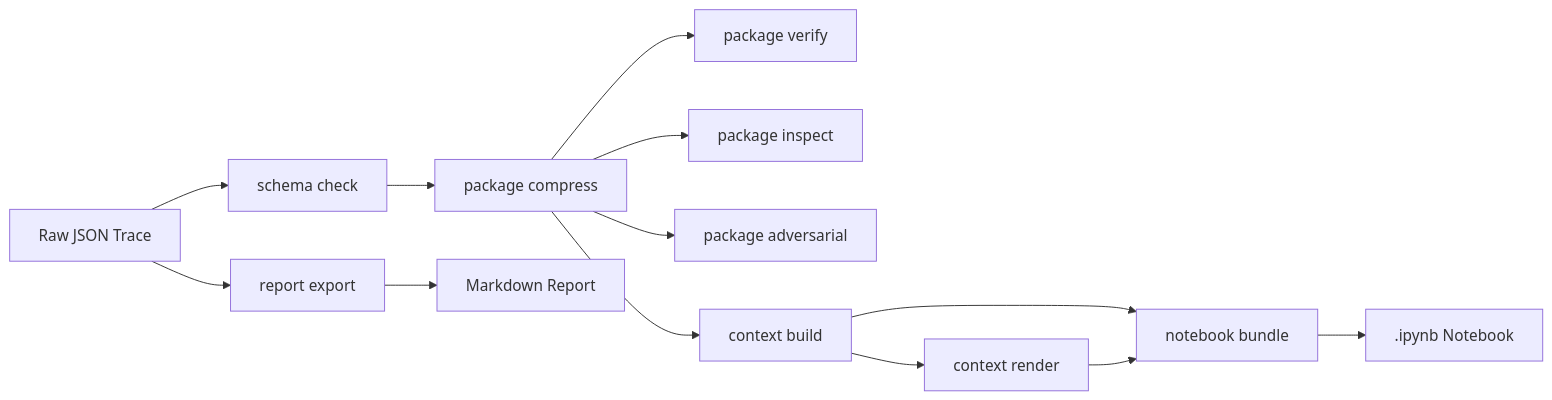
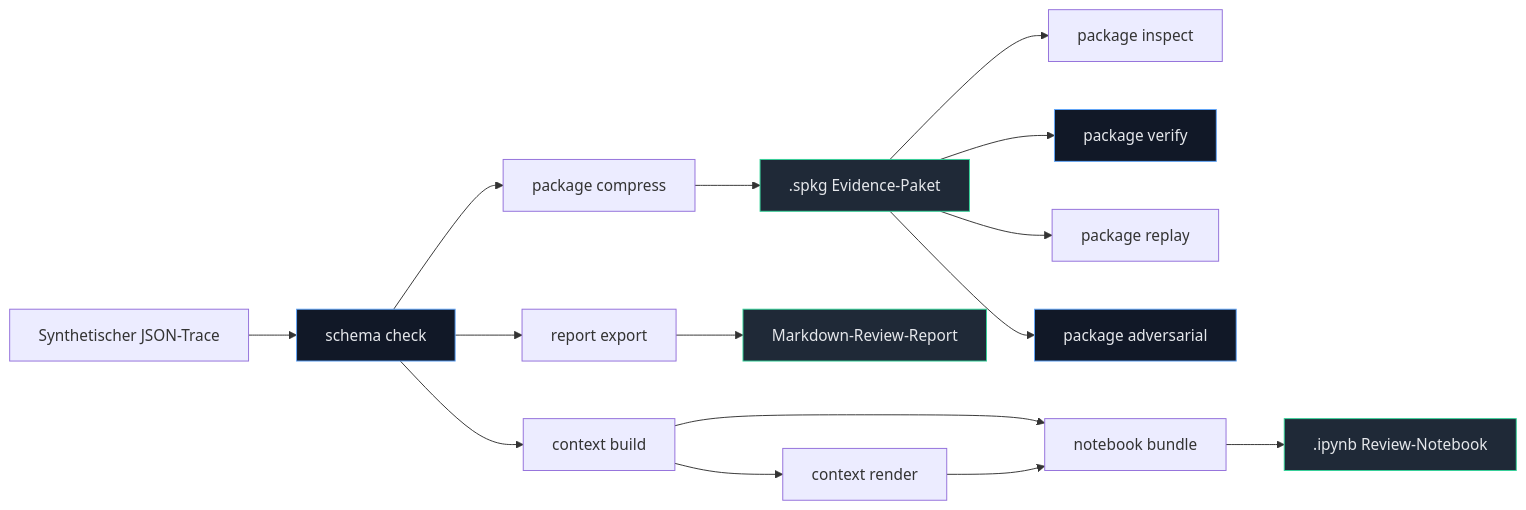
Before and after one commit to ProfRandom92/Antigravity-Comptextv7: the first of 3 diagrams in README.md, drawn with Mermaid. The commit also changed other lines of this file, not shown here.

````diff
--- a/README.md
+++ b/README.md
@@ -22,15 +33,25 @@
 ```mermaid
 flowchart LR
-    A["Raw JSON Trace"] --> B["schema check"]
-    B --> C["package compress"]
-    C --> D["package verify"]
-    C --> E["package inspect"]
-    C --> F["package adversarial"]
-    C --> I["context build"]
-    I --> J["context render"]
-    I --> K["notebook bundle"]
-    J --> K
-    K --> L[".ipynb Notebook"]
-    A --> G["report export"]
-    G --> H["Markdown Report"]
+    roh["Synthetischer JSON-Trace"] --> schema["schema check"]
+    schema --> compress["package compress"]
+    compress --> spkg[".spkg Evidence-Paket"]
+
+    spkg --> inspect["package inspect"]
+    spkg --> verify["package verify"]
+    spkg --> replay["package replay"]
+    spkg --> adversarial["package adversarial"]
+
+    schema --> report["report export"]
+    report --> md["Markdown-Review-Report"]
+
+    schema --> build["context build"]
+    build --> render["context render"]
+    build --> notebook["notebook bundle"]
+    render --> notebook
+    notebook --> ipynb[".ipynb Review-Notebook"]
+
+    classDef guard fill:#111827,stroke:#60a5fa,color:#e5e7eb;
+    classDef artifact fill:#1f2937,stroke:#34d399,color:#e5e7eb;
+    class schema,verify,adversarial guard;
+    class spkg,md,ipynb artifact;
 ```
````
